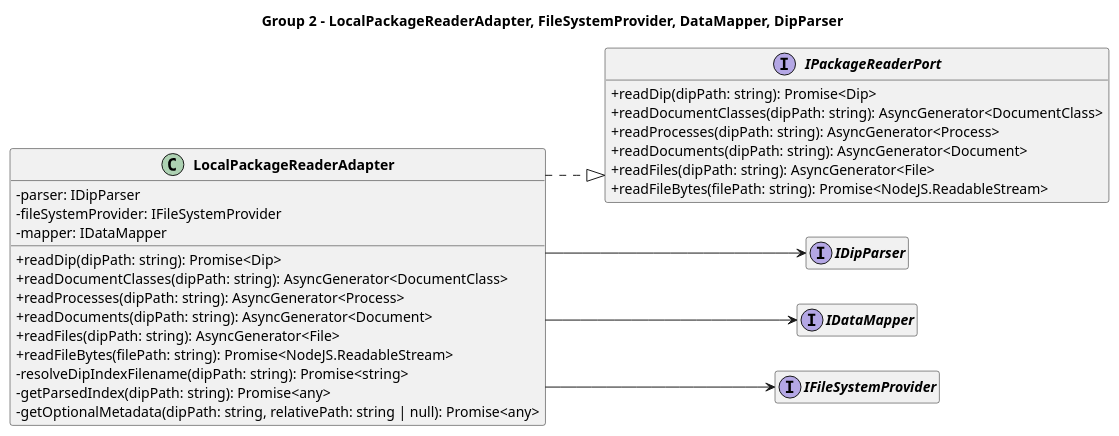
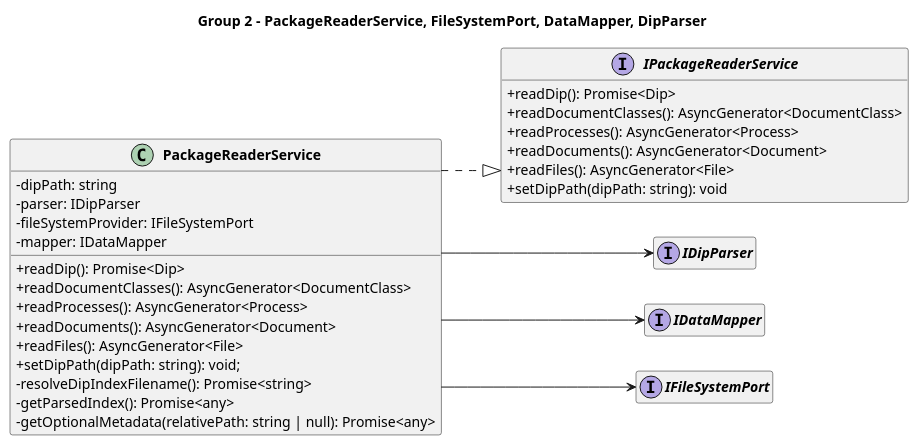
One commit to 7-ZPUs/Docs changed the diagram in 3_PB/DocumentiEsterni/DiagrammiSpecificaTecnica/C4/C4_Main_Indexing_PackageReader.puml. Above: the diagram before and after it, drawn with PlantUML. The commit also changed 13 other files, not shown here.

```diff
--- a/3_PB/DocumentiEsterni/DiagrammiSpecificaTecnica/C4/C4_Main_Indexing_PackageReader.puml
+++ b/3_PB/DocumentiEsterni/DiagrammiSpecificaTecnica/C4/C4_Main_Indexing_PackageReader.puml
@@ -1,50 +1,51 @@
 @startuml Class Diagram - Main Indexing Flow - Group 2
 
 left to right direction
 skinparam classAttributeIconSize 0
 skinparam classFontStyle bold
 skinparam packageStyle rectangle
 skinparam linetype ortho
 hide empty members
 
-title Group 2 - LocalPackageReaderAdapter, FileSystemProvider, DataMapper, DipParser
+title Group 2 - PackageReaderService, FileSystemPort, DataMapper, DipParser
 
-  interface IPackageReaderPort {
-    + readDip(dipPath: string): Promise<Dip>
-    + readDocumentClasses(dipPath: string): AsyncGenerator<DocumentClass>
-    + readProcesses(dipPath: string): AsyncGenerator<Process>
-    + readDocuments(dipPath: string): AsyncGenerator<Document>
-    + readFiles(dipPath: string): AsyncGenerator<File>
-    + readFileBytes(filePath: string): Promise<NodeJS.ReadableStream>
+  interface IPackageReaderService {
+    + readDip(): Promise<Dip>
+    + readDocumentClasses(): AsyncGenerator<DocumentClass>
+    + readProcesses(): AsyncGenerator<Process>
+    + readDocuments(): AsyncGenerator<Document>
+    + readFiles(): AsyncGenerator<File>
+    + setDipPath(dipPath: string): void
   }
 
-  class LocalPackageReaderAdapter {
+  class PackageReaderService {
+    - dipPath: string
     - parser: IDipParser
-    - fileSystemProvider: IFileSystemProvider
+    - fileSystemProvider: IFileSystemPort
     - mapper: IDataMapper
-    + readDip(dipPath: string): Promise<Dip>
-    + readDocumentClasses(dipPath: string): AsyncGenerator<DocumentClass>
-    + readProcesses(dipPath: string): AsyncGenerator<Process>
-    + readDocuments(dipPath: string): AsyncGenerator<Document>
-    + readFiles(dipPath: string): AsyncGenerator<File>
-    + readFileBytes(filePath: string): Promise<NodeJS.ReadableStream>
-    - resolveDipIndexFilename(dipPath: string): Promise<string>
-    - getParsedIndex(dipPath: string): Promise<any>
-    - getOptionalMetadata(dipPath: string, relativePath: string | null): Promise<any>
+    + readDip(): Promise<Dip>
+    + readDocumentClasses(): AsyncGenerator<DocumentClass>
+    + readProcesses(): AsyncGenerator<Process>
+    + readDocuments(): AsyncGenerator<Document>
+    + readFiles(): AsyncGenerator<File>
+    + setDipPath(dipPath: string): void;
+    - resolveDipIndexFilename(): Promise<string>
+    - getParsedIndex(): Promise<any>
+    - getOptionalMetadata(relativePath: string | null): Promise<any>
   }
 
   interface IDipParser {
   }
 
   interface IDataMapper {
   }
 
-  interface IFileSystemProvider {
+  interface IFileSystemPort {
   }
 
-LocalPackageReaderAdapter ..|> IPackageReaderPort
-LocalPackageReaderAdapter --> IDipParser
-LocalPackageReaderAdapter --> IDataMapper
-LocalPackageReaderAdapter --> IFileSystemProvider
+PackageReaderService ..|> IPackageReaderService
+PackageReaderService --> IDipParser
+PackageReaderService --> IDataMapper
+PackageReaderService --> IFileSystemPort
 
 @enduml
```
